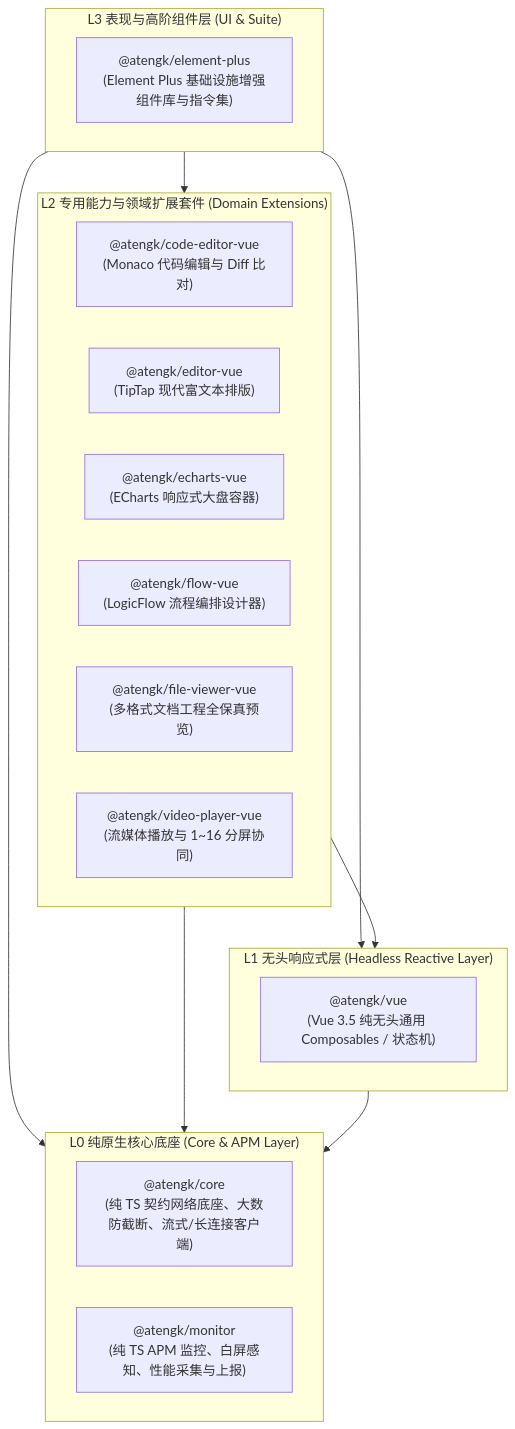
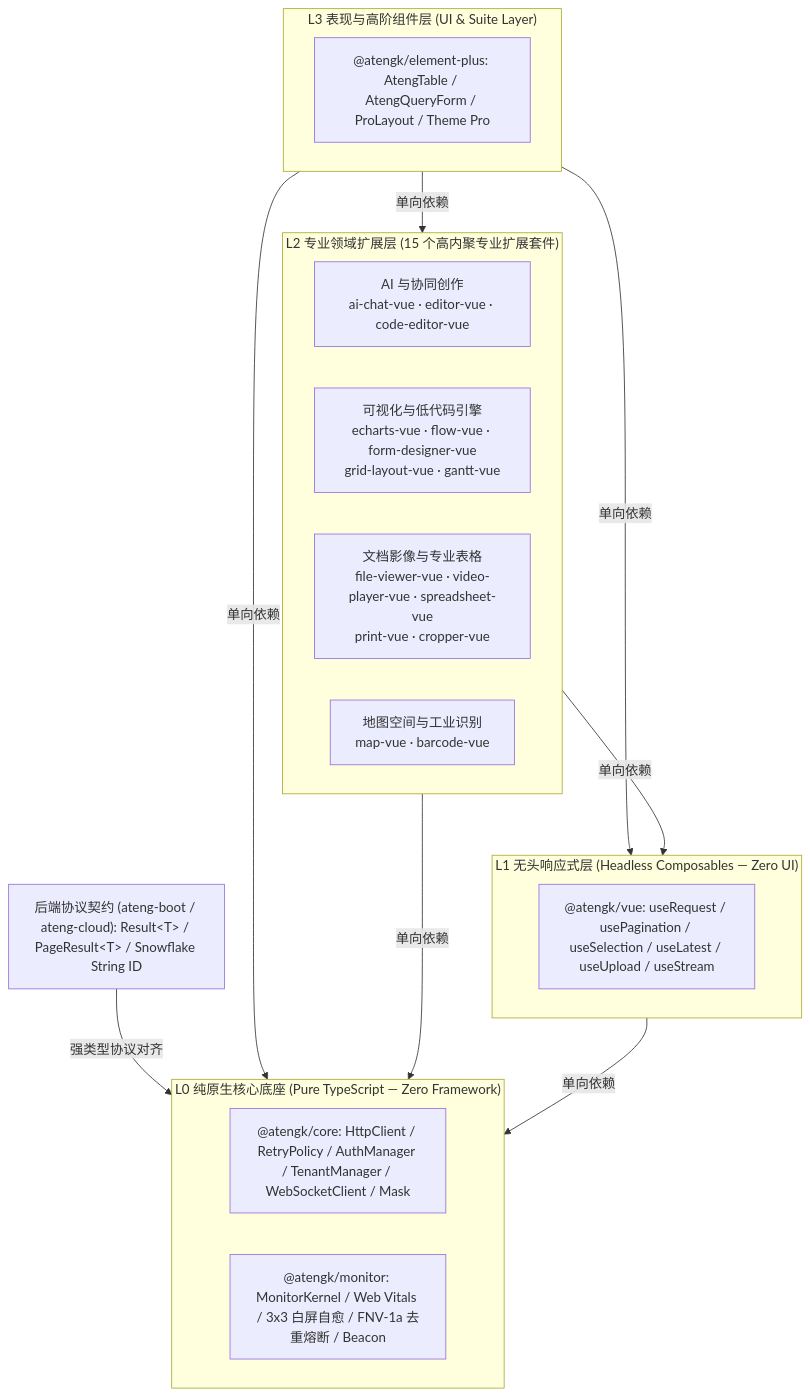
The diagram in README.md (atengk/ateng-ui), drawn with Mermaid before and after one commit. The commit also changed other lines of this file and 3 other files, not shown here.

````diff
--- a/README.md
+++ b/README.md
@@ -32,31 +33,34 @@
 ```mermaid
-flowchart TD
-    subgraph L3["L3 表现与高阶组件层 (UI & Suite)"]
-        EP["@atengk/element-plus<br/>(Element Plus 基础设施增强组件库与指令集)"]
+flowchart TB
+    Backend["后端协议契约 (ateng-boot / ateng-cloud): Result&lt;T&gt; / PageResult&lt;T&gt; / Snowflake String ID"]
+
+    subgraph L3["L3 表现与高阶组件层 (UI & Suite Layer)"]
+        EP["@atengk/element-plus: AtengTable / AtengQueryForm / ProLayout / Theme Pro"]
     end
 
-    subgraph L2["L2 专用能力与领域扩展套件 (Domain Extensions)"]
-        CODE["@atengk/code-editor-vue<br/>(Monaco 代码编辑与 Diff 比对)"]
-        EDITOR["@atengk/editor-vue<br/>(TipTap 现代富文本排版)"]
-        ECHARTS["@atengk/echarts-vue<br/>(ECharts 响应式大盘容器)"]
-        FLOW["@atengk/flow-vue<br/>(LogicFlow 流程编排设计器)"]
-        VIEWER["@atengk/file-viewer-vue<br/>(多格式文档工程全保真预览)"]
-        VIDEO["@atengk/video-player-vue<br/>(流媒体播放与 1~16 分屏协同)"]
+    subgraph L2["L2 专业领域扩展层 (15 个高内聚专业扩展套件)"]
+        direction LR
+        L2_AI["AI 与协同创作<br/>ai-chat-vue · editor-vue · code-editor-vue"]
+        L2_VIS["可视化与低代码引擎<br/>echarts-vue · flow-vue · form-designer-vue<br/>grid-layout-vue · gantt-vue"]
+        L2_DOC["文档影像与专业表格<br/>file-viewer-vue · video-player-vue · spreadsheet-vue<br/>print-vue · cropper-vue"]
+        L2_MAP["地图空间与工业识别<br/>map-vue · barcode-vue"]
     end
 
-    subgraph L1["L1 无头响应式层 (Headless Reactive Layer)"]
-        VUE["@atengk/vue<br/>(Vue 3.5 纯无头通用 Composables / 状态机)"]
+    subgraph L1["L1 无头响应式层 (Headless Composables — Zero UI)"]
+        VUE["@atengk/vue: useRequest / usePagination / useSelection / useLatest / useUpload / useStream"]
     end
 
-    subgraph L0["L0 纯原生核心底座 (Core & APM Layer)"]
-        CORE["@atengk/core<br/>(纯 TS 契约网络底座、大数防截断、流式/长连接客户端)"]
-        MONITOR["@atengk/monitor<br/>(纯 TS APM 监控、白屏感知、性能采集与上报)"]
+    subgraph L0["L0 纯原生核心底座 (Pure TypeScript — Zero Framework)"]
+        direction LR
+        CORE["@atengk/core: HttpClient / RetryPolicy / AuthManager / TenantManager / WebSocketClient / Mask"]
+        MONITOR["@atengk/monitor: MonitorKernel / Web Vitals / 3x3 白屏自愈 / FNV-1a 去重熔断 / Beacon"]
     end
 
-    L3 --> L2
-    L3 --> L1
-    L3 --> L0
-    L2 --> L1
-    L2 --> L0
-    L1 --> L0
+    Backend -->|强类型协议对齐| CORE
+    L3 -->|单向依赖| L2
+    L3 -->|单向依赖| L1
+    L3 -->|单向依赖| L0
+    L2 -->|单向依赖| L1
+    L2 -->|单向依赖| L0
+    L1 -->|单向依赖| L0
 ```
````
